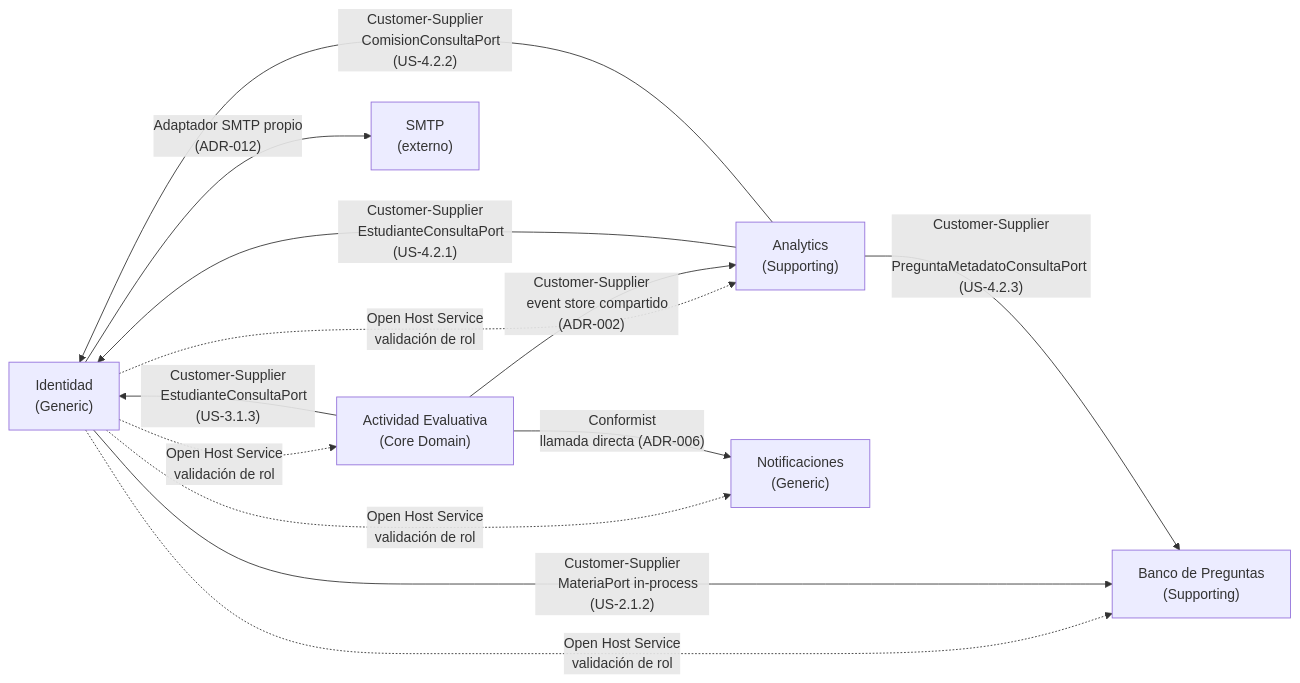
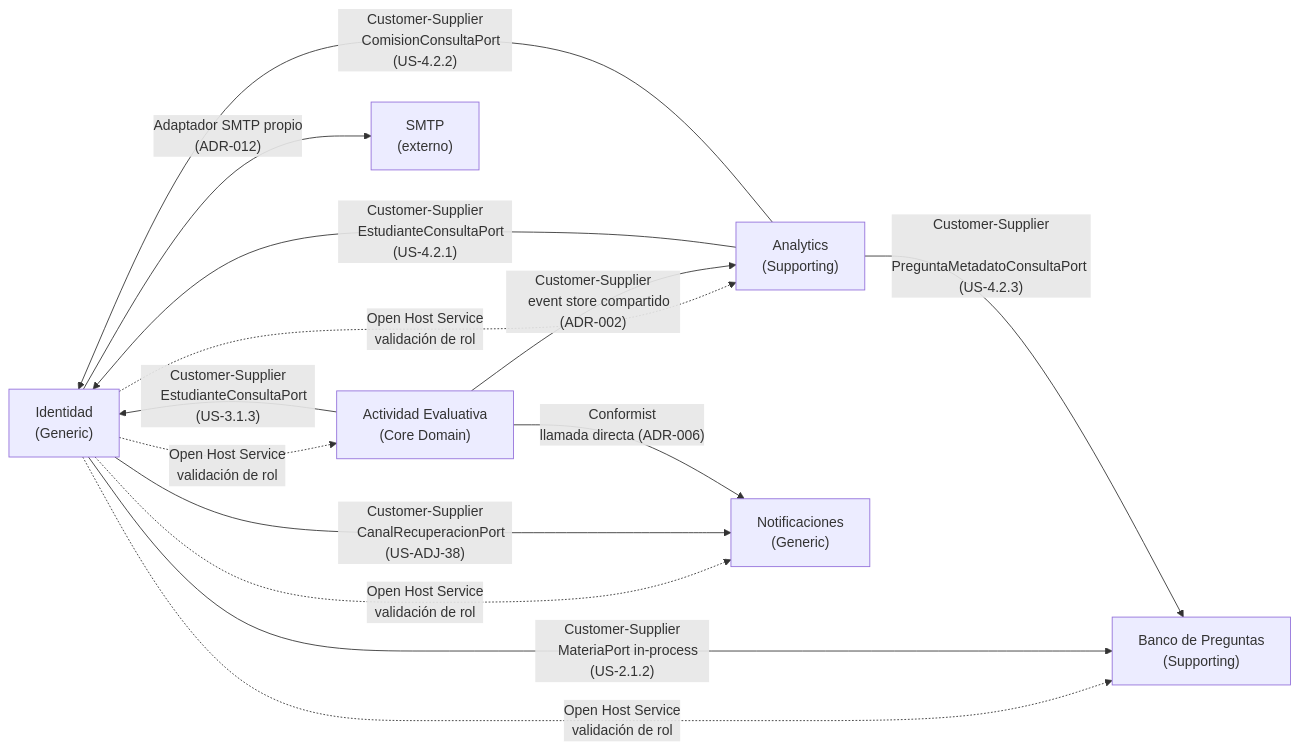
The diagram in docs/architecture/20-context-map-integrations.md (vvalotto/cognion), drawn with Mermaid before and after one commit. The commit also changed other lines of this file and 10 other files, not shown here.

````diff
--- a/docs/architecture/20-context-map-integrations.md
+++ b/docs/architecture/20-context-map-integrations.md
@@ -55,43 +56,45 @@
 ```mermaid
 flowchart LR
     identidad["Identidad
     (Generic)"]
     banco["Banco de Preguntas
     (Supporting)"]
     actividad["Actividad Evaluativa
     (Core Domain)"]
     analytics["Analytics
     (Supporting)"]
     notificaciones["Notificaciones
     (Generic)"]
     smtp["SMTP
     (externo)"]
 
     identidad -.->|"Open Host Service
     validación de rol"| banco
     identidad -.->|"Open Host Service
     validación de rol"| actividad
     identidad -.->|"Open Host Service
     validación de rol"| analytics
     identidad -.->|"Open Host Service
     validación de rol"| notificaciones
 
     identidad -->|"Customer-Supplier
     MateriaPort in-process (US-2.1.2)"| banco
+    identidad -->|"Customer-Supplier
+    CanalRecuperacionPort (US-ADJ-38)"| notificaciones
 
     actividad -->|"Conformist
     llamada directa (ADR-006)"| notificaciones
     actividad -->|"Customer-Supplier
     event store compartido (ADR-002)"| analytics
     actividad -->|"Customer-Supplier
     EstudianteConsultaPort (US-3.1.3)"| identidad
     analytics -->|"Customer-Supplier
     EstudianteConsultaPort (US-4.2.1)"| identidad
     analytics -->|"Customer-Supplier
     ComisionConsultaPort (US-4.2.2)"| identidad
     analytics -->|"Customer-Supplier
     PreguntaMetadatoConsultaPort (US-4.2.3)"| banco
 
     identidad -->|"Adaptador SMTP propio
     (ADR-012)"| smtp
 ```
````
